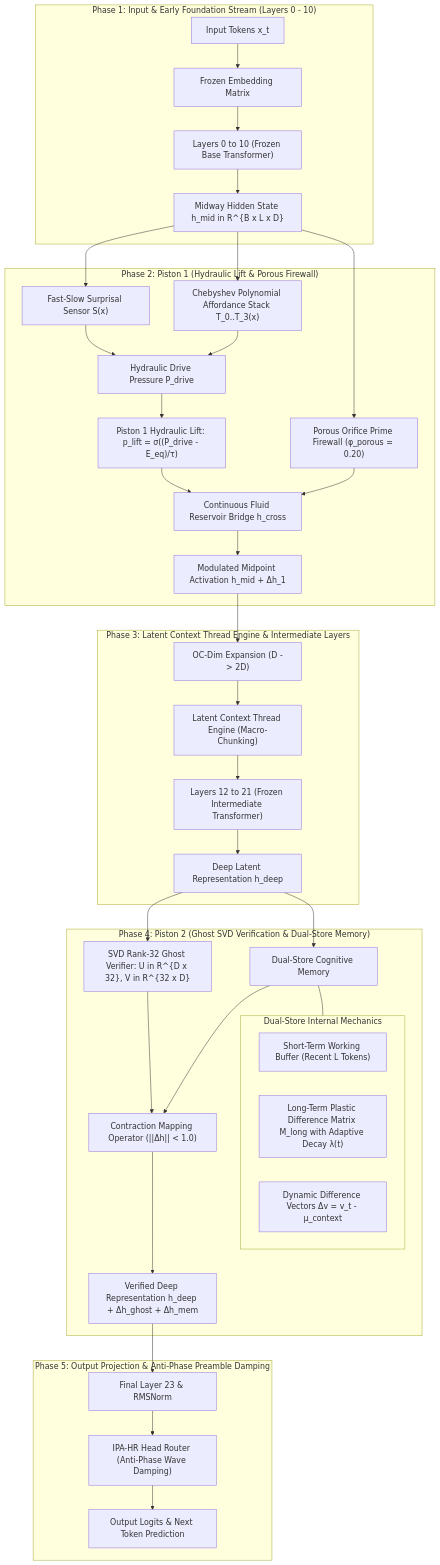
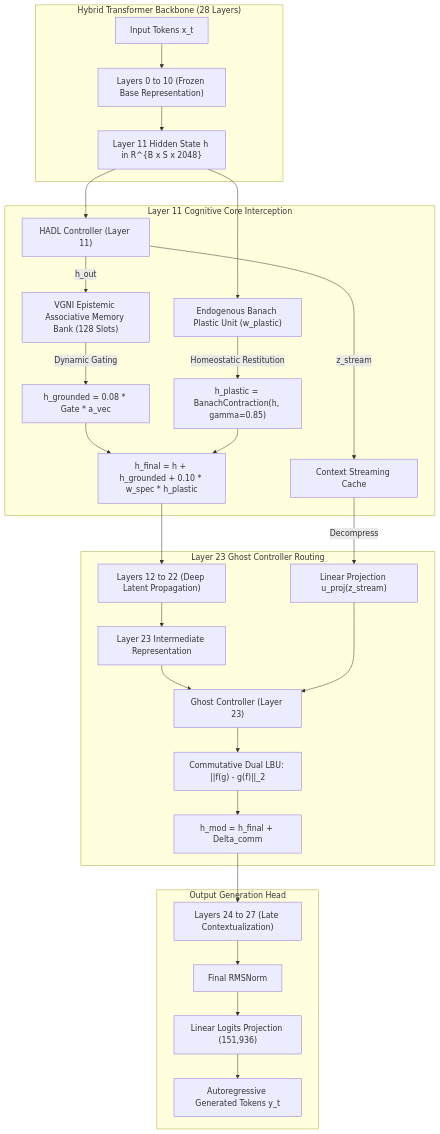
Before and after one commit to Ch3nOff/dual-loop-controller: the diagram in README.md, drawn with Mermaid. The commit also changed other lines of this file and 71 other files, not shown here.

````diff
--- a/README.md
+++ b/README.md
@@ -91,44 +199,34 @@
 ```mermaid
 flowchart TD
-    subgraph Phase1 ["Phase 1: Input & Early Foundation Stream (Layers 0 - 10)"]
-        IN["Input Tokens x_t"] --> EMB["Frozen Embedding Matrix"]
-        EMB --> L0["Layers 0 to 10 (Frozen Base Transformer)"]
-        L0 --> H_MID["Midway Hidden State h_mid in R^{B x L x D}"]
+    subgraph Backbone ["Hybrid Transformer Backbone (28 Layers)"]
+        IN["Input Tokens x_t"] --> L0_10["Layers 0 to 10 (Frozen Base Representation)"]
+        L0_10 --> H11["Layer 11 Hidden State h in R^{B x S x 2048}"]
     end
 
-    subgraph Phase2 ["Phase 2: Piston 1 (Hydraulic Lift & Porous Firewall)"]
-        H_MID --> SURP["Fast-Slow Surprisal Sensor S(x)"]
-        H_MID --> CHEB["Chebyshev Polynomial Affordance Stack T_0..T_3(x)"]
-        SURP & CHEB --> P_DRIVE["Hydraulic Drive Pressure P_drive"]
-        P_DRIVE --> PISTON1["Piston 1 Hydraulic Lift: p_lift = σ((P_drive - E_eq)/τ)"]
-        H_MID --> POROUS["Porous Orifice Prime Firewall (φ_porous = 0.20)"]
-        PISTON1 & POROUS --> FLUID["Continuous Fluid Reservoir Bridge h_cross"]
-        FLUID --> H_MID_MOD["Modulated Midpoint Activation h_mid + Δh_1"]
+    subgraph Layer11 ["Layer 11 Cognitive Core Interception"]
+        H11 --> HADL11["HADL Controller (Layer 11)"]
+        HADL11 -->|h_out| VGNI["VGNI Epistemic Associative Memory Bank (128 Slots)"]
+        HADL11 -->|z_stream| ZCACHE["Context Streaming Cache"]
+        VGNI -->|Dynamic Gating| HG["h_grounded = 0.08 * Gate * a_vec"]
+        H11 --> BANACH["Endogenous Banach Plastic Unit (w_plastic)"]
+        BANACH -->|Homeostatic Restitution| HP["h_plastic = BanachContraction(h, gamma=0.85)"]
+        HG & HP --> HFINAL["h_final = h + h_grounded + 0.10 * w_spec * h_plastic"]
     end
 
-    subgraph Phase3 ["Phase 3: Latent Context Thread Engine & Intermediate Layers"]
-        H_MID_MOD --> OCDIM["OC-Dim Expansion (D -> 2D)"]
-        OCDIM --> THREADS["Latent Context Thread Engine (Macro-Chunking)"]
-        THREADS --> L11["Layers 12 to 21 (Frozen Intermediate Transformer)"]
-        L11 --> H_DEEP["Deep Latent Representation h_deep"]
+    subgraph Layer23 ["Layer 23 Ghost Controller Routing"]
+        HFINAL --> L12_22["Layers 12 to 22 (Deep Latent Propagation)"]
+        L12_22 --> H23["Layer 23 Intermediate Representation"]
+        H23 --> GHOST["Ghost Controller (Layer 23)"]
+        ZCACHE -->|Decompress| UPROJ["Linear Projection u_proj(z_stream)"]
+        UPROJ --> GHOST
+        GHOST --> LBU["Commutative Dual LBU: ||f(g) - g(f)||_2"]
+        LBU --> HMOD["h_mod = h_final + Delta_comm"]
     end
 
-    subgraph Phase4 ["Phase 4: Piston 2 (Ghost SVD Verification & Dual-Store Memory)"]
-        H_DEEP --> GHOST["SVD Rank-32 Ghost Verifier: U in R^{D x 32}, V in R^{32 x D}"]
-        H_DEEP --> DUAL_MEM["Dual-Store Cognitive Memory"]
-        subgraph MemInternal ["Dual-Store Internal Mechanics"]
-            STM["Short-Term Working Buffer (Recent L Tokens)"]
-            LTM["Long-Term Plastic Difference Matrix M_long with Adaptive Decay λ(t)"]
-            DIFF["Dynamic Difference Vectors Δv = v_t - μ_context"]
-        end
-        DUAL_MEM --- MemInternal
-        GHOST & DUAL_MEM --> CONTRACTION["Contraction Mapping Operator (||Δh|| < 1.0)"]
-        CONTRACTION --> H_DEEP_MOD["Verified Deep Representation h_deep + Δh_ghost + Δh_mem"]
-    end
-
-    subgraph Phase5 ["Phase 5: Output Projection & Anti-Phase Preamble Damping"]
-        H_DEEP_MOD --> L23["Final Layer 23 & RMSNorm"]
-        L23 --> IPA_HR["IPA-HR Head Router (Anti-Phase Wave Damping)"]
-        IPA_HR --> LOGITS["Output Logits & Next Token Prediction"]
+    subgraph Head ["Output Generation Head"]
+        HMOD --> L24_27["Layers 24 to 27 (Late Contextualization)"]
+        L24_27 --> RMS["Final RMSNorm"]
+        RMS --> UNEMB["Linear Logits Projection (151,936)"]
+        UNEMB --> OUT["Autoregressive Generated Tokens y_t"]
     end
 ```
````
